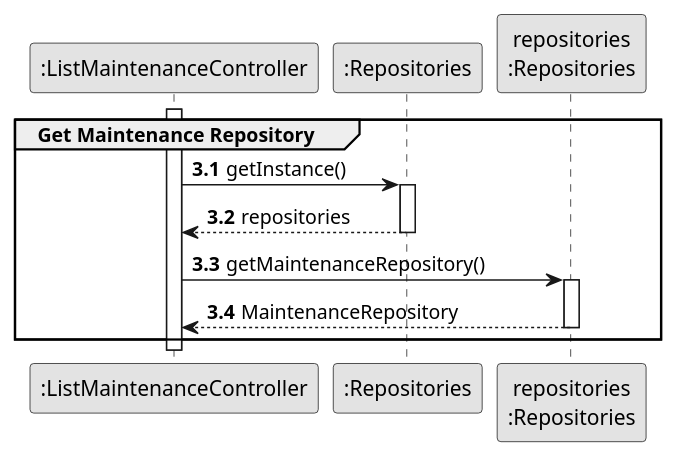
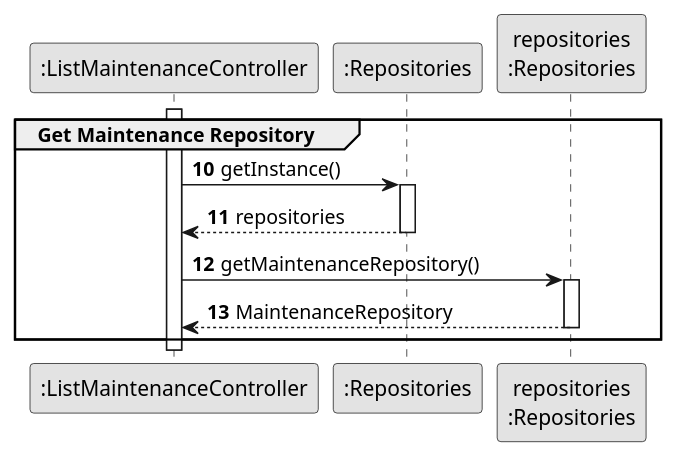
The diagram in docs/sprintC/us008/03.design/puml/us008-sequence-diagram-partial-get-maintenance-repository.puml (ricardomm7/leaflink), drawn with PlantUML before and after one commit. The commit also changed 12 other files, not shown here.

```diff
--- a/docs/sprintC/us008/03.design/puml/us008-sequence-diagram-partial-get-maintenance-repository.puml
+++ b/docs/sprintC/us008/03.design/puml/us008-sequence-diagram-partial-get-maintenance-repository.puml
@@ -1,37 +1,35 @@
 @startuml
 skinparam monochrome true
 skinparam packageStyle rectangle
 skinparam shadowing false
 
-autonumber
 
 'hide footbox
 
 participant ":ListMaintenanceController" as CTRL
 participant ":Repositories" as RepositorySingleton
 participant "repositories\n:Repositories" as PLAT
 
+autonumber 10
 
 activate CTRL
-autonumber 3.1
     group Get Maintenance Repository
 
         CTRL -> RepositorySingleton : getInstance()
         activate RepositorySingleton
 
         RepositorySingleton --> CTRL: repositories
         deactivate RepositorySingleton
 
         CTRL -> PLAT : getMaintenanceRepository()
         activate PLAT
 
         PLAT --> CTRL: MaintenanceRepository
         deactivate PLAT
 
     end
 
-
 deactivate CTRL
 
 
 @enduml
```
